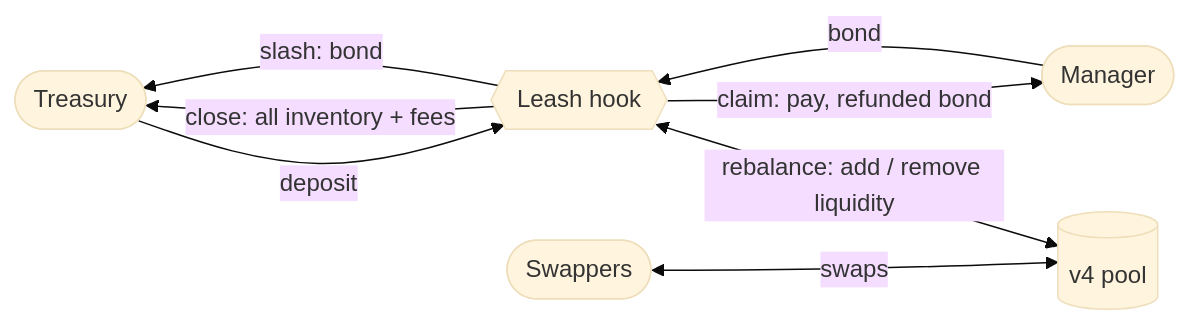
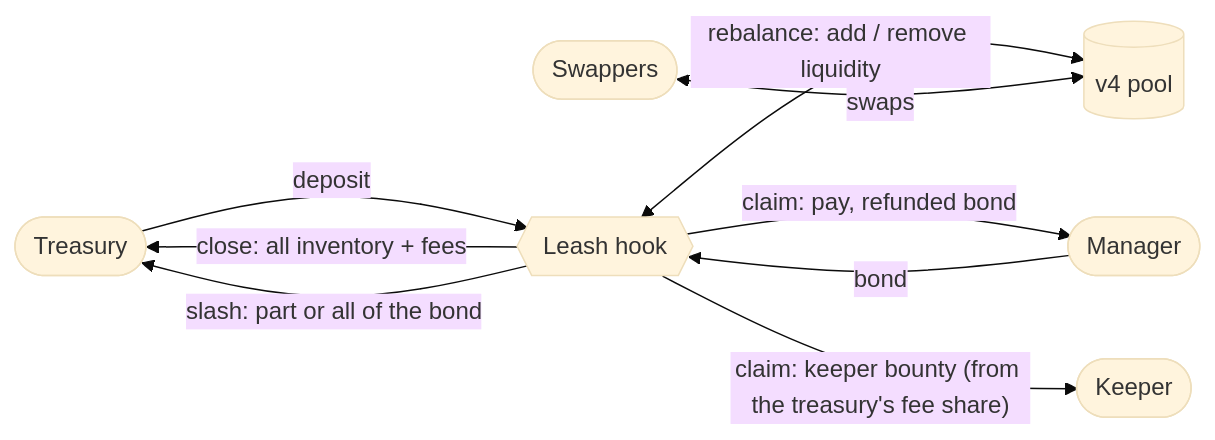
Before and after one commit to minrawsjar/Leash: the second of 2 diagrams in README.md, drawn with Mermaid (base theme). The commit also changed other lines of this file and 20 other files, not shown here.

First line of the commit message:
Dynamic fee surcharge off the TWAP, partial slash, keeper bounty, 2% bond floor; oracle moved to a linked library

````diff
--- a/README.md
+++ b/README.md
@@ -62,10 +62,11 @@
 ```mermaid
 flowchart LR
     T([Treasury]) -- "deposit" --> H{{Leash hook}}
     M([Manager]) -- "bond" --> H
     H <-- "rebalance: add / remove liquidity" --> P[(v4 pool)]
     S([Swappers]) <-- "swaps" --> P
     H -- "close: all inventory + fees" --> T
-    H -- "slash: bond" --> T
+    H -- "slash: part or all of the bond" --> T
     H -- "claim: pay, refunded bond" --> M
+    H -- "claim: keeper bounty (from the treasury's fee share)" --> K([Keeper])
 ```
````
